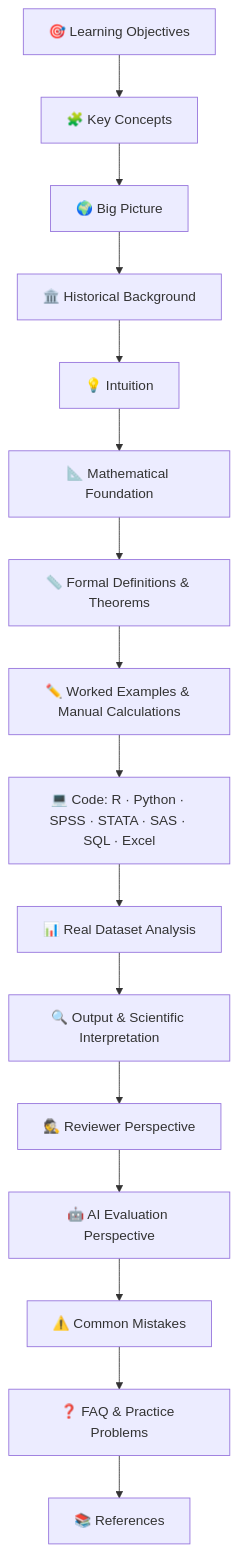
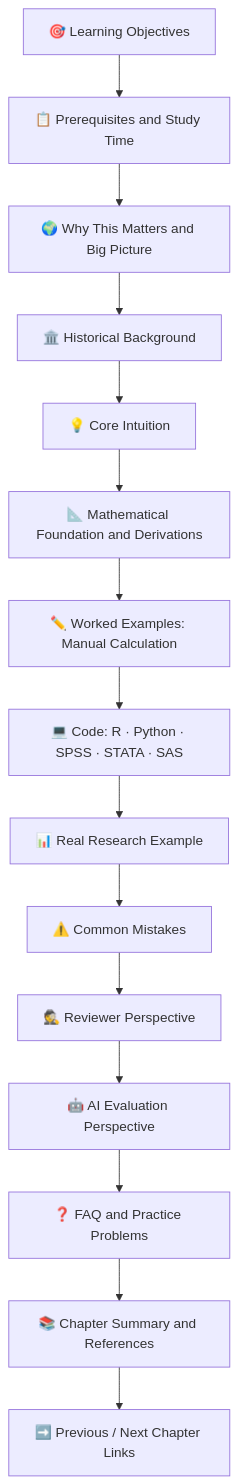
The second of 5 diagrams in README.md (muhammadsalek/statistics-for-scientists), drawn with Mermaid before and after one commit. The commit also changed other lines of this file, not shown here.

````diff
--- a/README.md
+++ b/README.md
@@ -284,18 +339,17 @@
 ```mermaid
 flowchart TD
-    A[🎯 Learning Objectives] --> B[🧩 Key Concepts]
-    B --> C[🌍 Big Picture]
+    A[🎯 Learning Objectives] --> B[📋 Prerequisites and Study Time]
+    B --> C[🌍 Why This Matters and Big Picture]
     C --> D[🏛️ Historical Background]
-    D --> E[💡 Intuition]
-    E --> F[📐 Mathematical Foundation]
-    F --> G[📏 Formal Definitions & Theorems]
-    G --> H[✏️ Worked Examples & Manual Calculations]
-    H --> I[💻 Code: R · Python · SPSS · STATA · SAS · SQL · Excel]
-    I --> J[📊 Real Dataset Analysis]
-    J --> K[🔍 Output & Scientific Interpretation]
-    K --> L[🕵️ Reviewer Perspective]
-    L --> M[🤖 AI Evaluation Perspective]
-    M --> N[⚠️ Common Mistakes]
-    N --> O[❓ FAQ & Practice Problems]
-    O --> P[📚 References]
+    D --> E[💡 Core Intuition]
+    E --> F[📐 Mathematical Foundation and Derivations]
+    F --> G[✏️ Worked Examples: Manual Calculation]
+    G --> H[💻 Code: R · Python · SPSS · STATA · SAS]
+    H --> I[📊 Real Research Example]
+    I --> J[⚠️ Common Mistakes]
+    J --> K[🕵️ Reviewer Perspective]
+    K --> L[🤖 AI Evaluation Perspective]
+    L --> M[❓ FAQ and Practice Problems]
+    M --> N[📚 Chapter Summary and References]
+    N --> O[➡️ Previous / Next Chapter Links]
 ```
````
